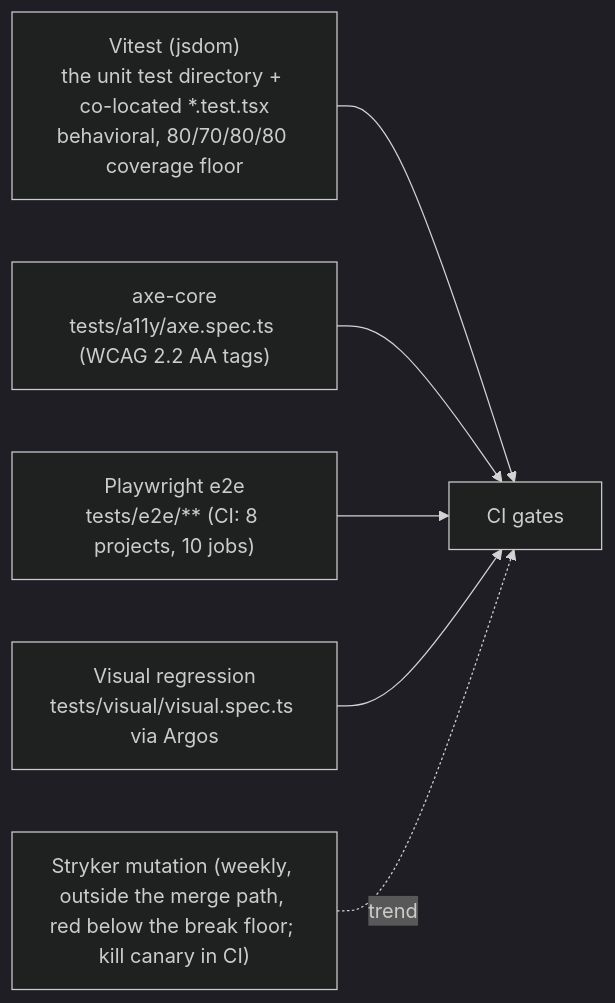
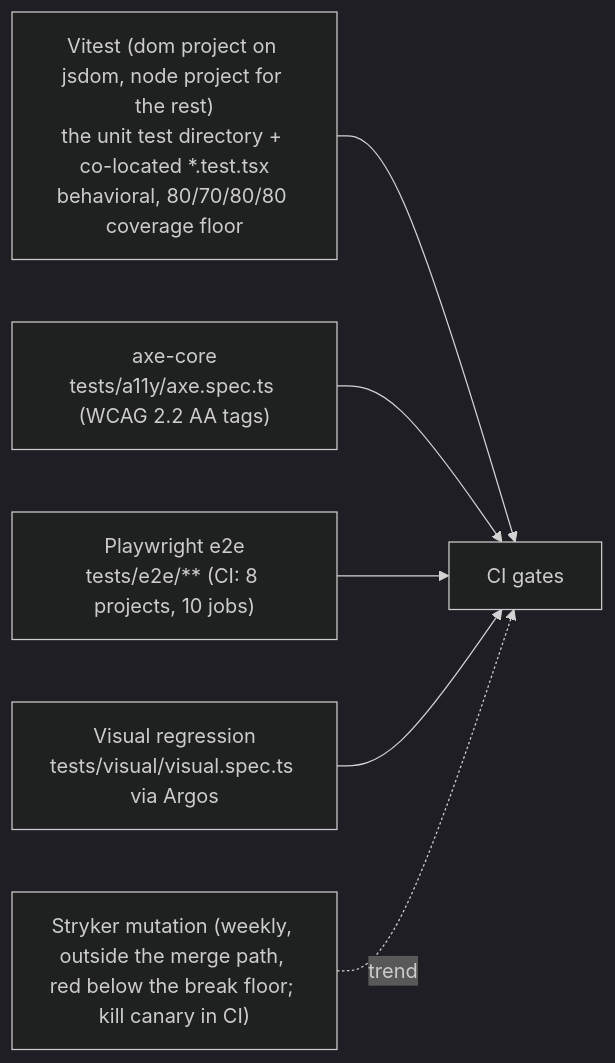
One commit to erikunha/portfolio changed the first of 6 diagrams in docs/07-workflows.md. Above: the diagram before and after it, drawn with Mermaid (dark theme). The commit also changed other lines of this file and 1454 other files, not shown here.

First line of the commit message:
refactor(architecture): milestones M0 to M14 and native ci:full (#423)

````diff
--- a/docs/07-workflows.md
+++ b/docs/07-workflows.md
@@ -139,9 +110,9 @@
 ```mermaid
 flowchart LR
-    unit["Vitest (jsdom)<br/>the unit test directory + co-located *.test.tsx<br/>behavioral, 80/70/80/80 coverage floor"] --> ci
+    unit["Vitest (dom project on jsdom, node project for the rest)<br/>the unit test directory + co-located *.test.tsx<br/>behavioral, 80/70/80/80 coverage floor"] --> ci
     a11y["axe-core<br/>tests/a11y/axe.spec.ts (WCAG 2.2 AA tags)"] --> ci
     e2e["Playwright e2e<br/>tests/e2e/** (CI: 8 projects, 10 jobs)"] --> ci
     visual["Visual regression<br/>tests/visual/visual.spec.ts via Argos"] --> ci
     mut["Stryker mutation (weekly, outside the merge path, red below the break floor; kill canary in CI)"] -. trend .-> ci
     ci["CI gates"]
 ```
````
